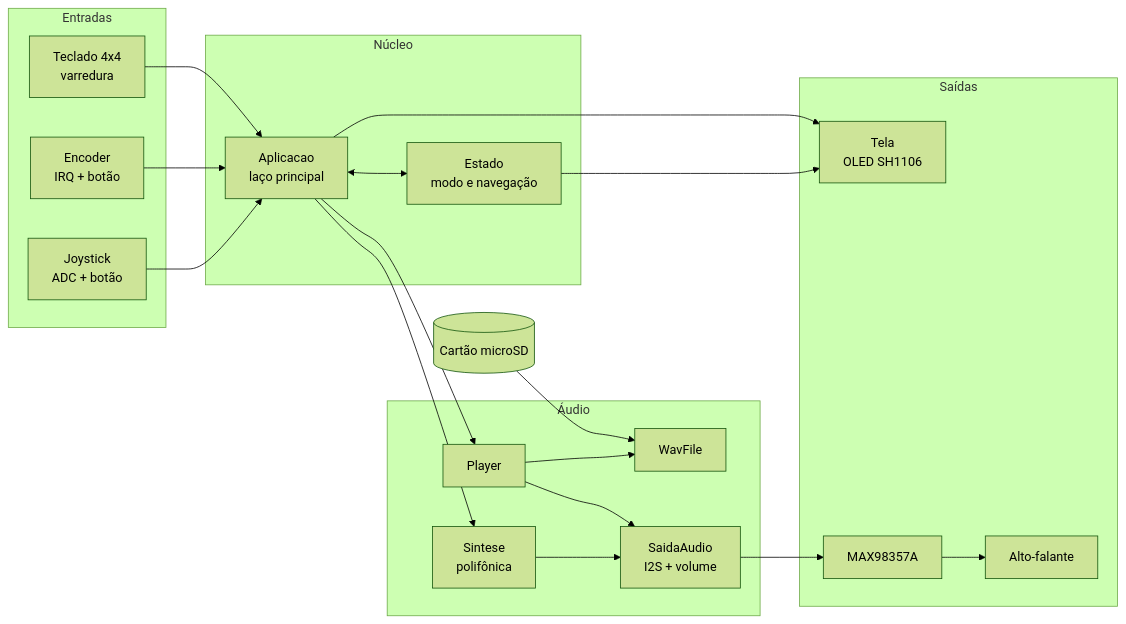
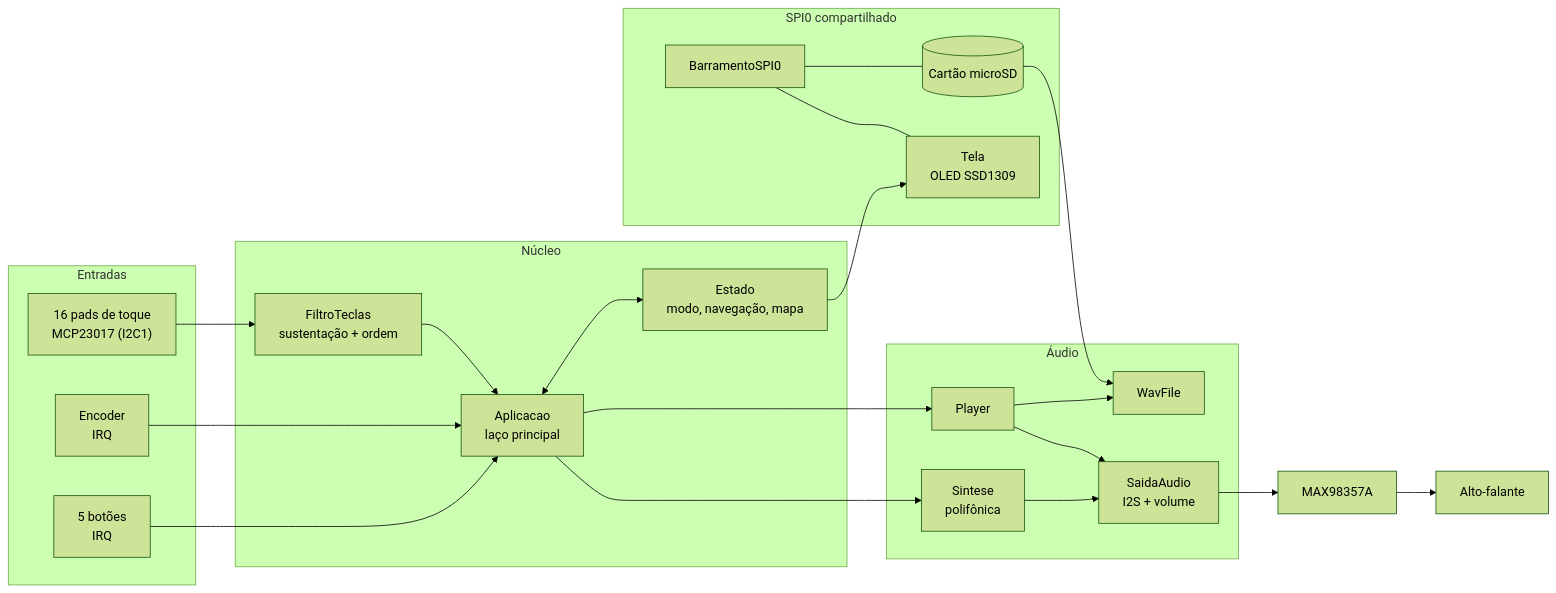
The first of 3 diagrams in README.md (palo-lord/RaspHarmony), drawn with Mermaid (forest theme) before and after one commit. The commit also changed other lines of this file, not shown here.

````diff
--- a/README.md
+++ b/README.md
@@ -293,42 +230,44 @@
 ```mermaid
 flowchart LR
     subgraph ENT["Entradas"]
-        JOY["Joystick<br/>ADC + botão"]
-        ENC["Encoder<br/>IRQ + botão"]
-        KEY["Teclado 4x4<br/>varredura"]
+        BTN["5 botões<br/>IRQ"]
+        ENC["Encoder<br/>IRQ"]
+        TOQ["16 pads de toque<br/>MCP23017 (I2C1)"]
     end
 
     subgraph CORE["Núcleo"]
         APP["Aplicacao<br/>laço principal"]
-        EST["Estado<br/>modo e navegação"]
+        EST["Estado<br/>modo, navegação, mapa"]
+        FIL["FiltroTeclas<br/>sustentação + ordem"]
     end
 
     subgraph AUD["Áudio"]
         SIN["Sintese<br/>polifônica"]
         PLY["Player"]
         WAV["WavFile"]
         OUT["SaidaAudio<br/>I2S + volume"]
     end
 
-    subgraph SAI["Saídas"]
-        UI["Tela<br/>OLED SH1106"]
-        AMP["MAX98357A"]
-        SPK["Alto-falante"]
+    subgraph SPI["SPI0 compartilhado"]
+        BUS["BarramentoSPI0"]
+        SD[("Cartão microSD")]
+        UI["Tela<br/>OLED SSD1309"]
     end
 
-    SD[("Cartão microSD")]
+    AMP["MAX98357A"] --> SPK["Alto-falante"]
 
-    JOY --> APP
+    BTN --> APP
     ENC --> APP
-    KEY --> APP
+    TOQ --> FIL --> APP
     APP <--> EST
     APP --> SIN
     APP --> PLY
     PLY --> WAV
     SD --> WAV
     SIN --> OUT
     PLY --> OUT
-    OUT --> AMP --> SPK
+    OUT --> AMP
     EST --> UI
-    APP --> UI
+    BUS --- SD
+    BUS --- UI
 ```
````
